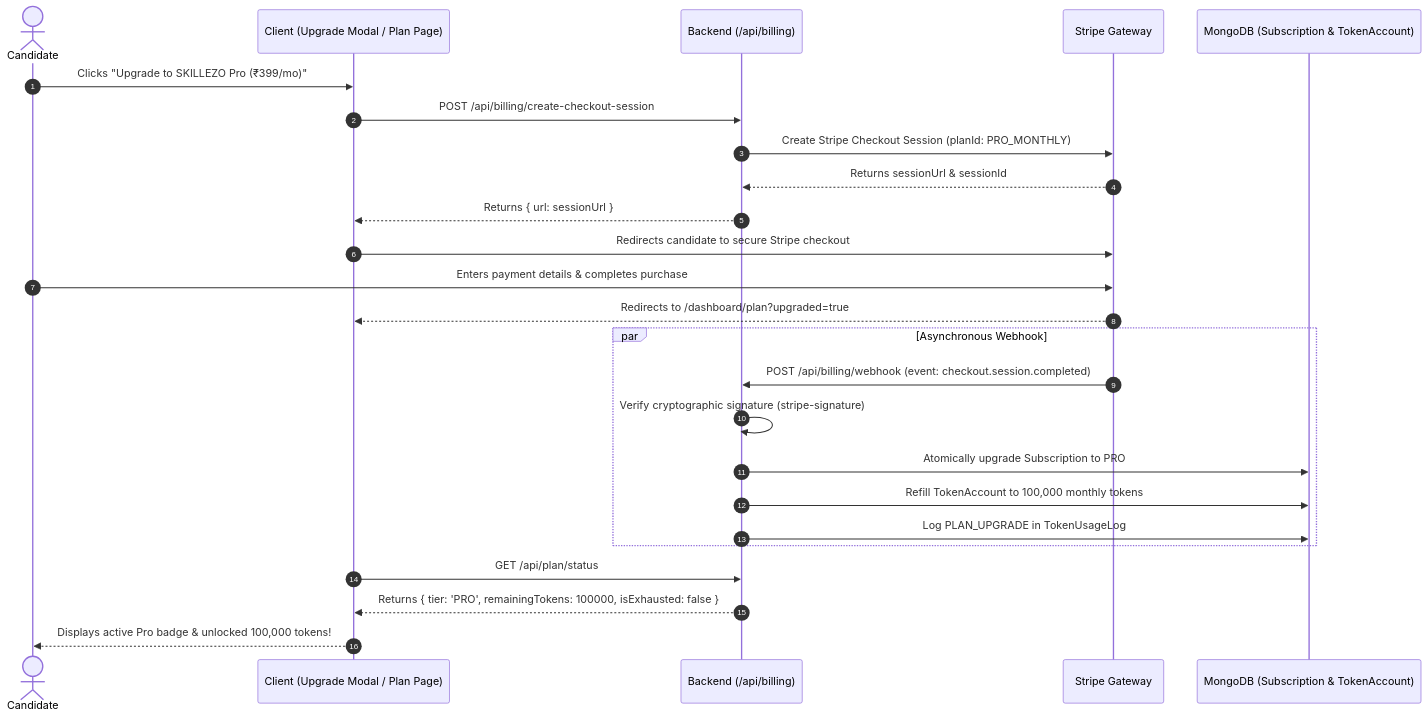
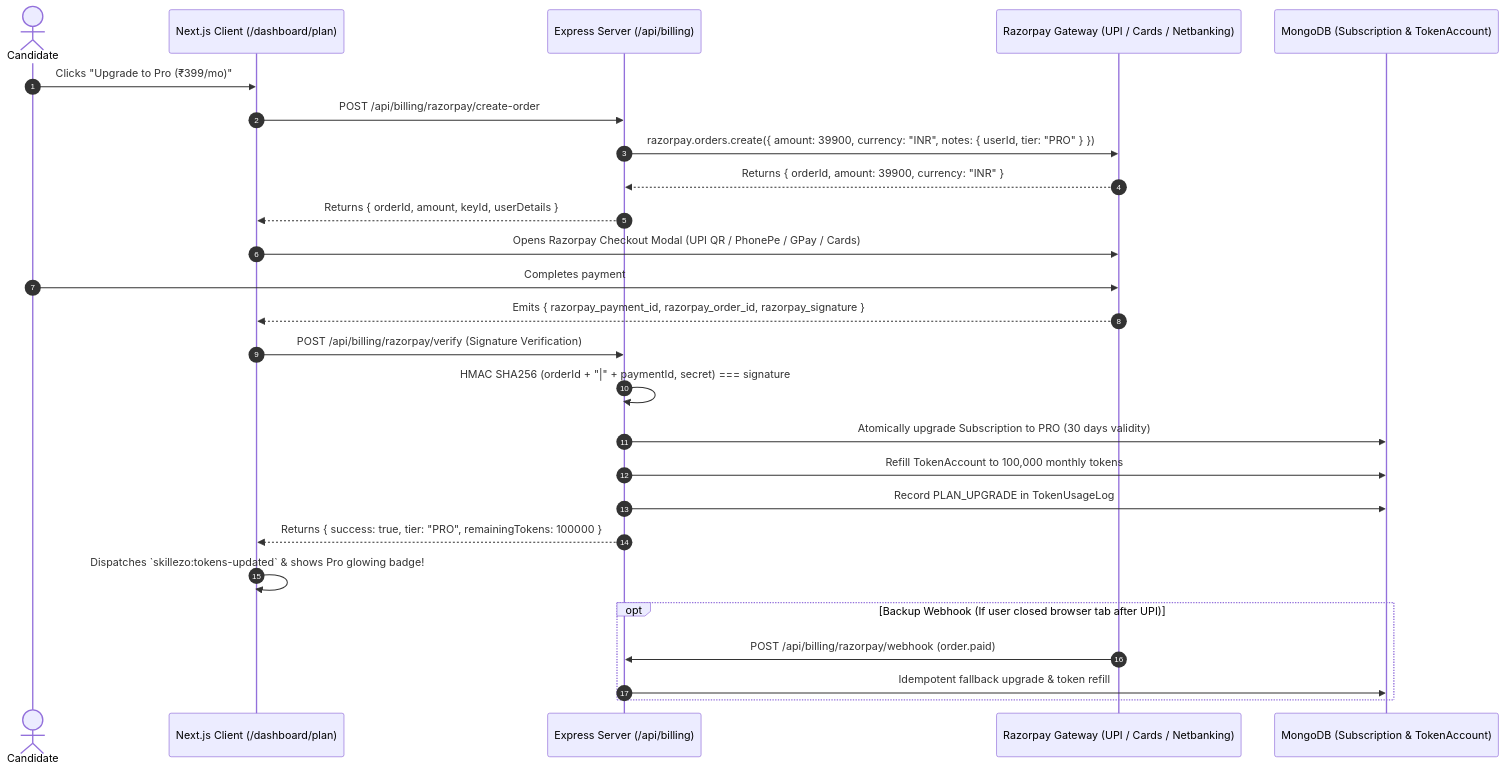
Before and after one commit to Himanshu-20002/SKILLEZO.AI: the diagram in doc/sprints-and-plans/phase-plans/PHASE_21_PART_4_BILLING_CHECKOUT_AND_AUTOMATION_PLAN.md, drawn with Mermaid. The commit also changed other lines of this file and 32 other files, not shown here.

First line of the commit message:
feat(billing): implement Phase 21 Part 4 Razorpay gateway, Pro subscription, 100k token refill, and dashboard UI elevation

````diff
--- a/doc/sprints-and-plans/phase-plans/PHASE_21_PART_4_BILLING_CHECKOUT_AND_AUTOMATION_PLAN.md
+++ b/doc/sprints-and-plans/phase-plans/PHASE_21_PART_4_BILLING_CHECKOUT_AND_AUTOMATION_PLAN.md
@@ -37,30 +38,33 @@
 ```mermaid
 sequenceDiagram
     autonumber
     actor Candidate as Candidate
-    participant UI as Client (Upgrade Modal / Plan Page)
-    participant API as Backend (/api/billing)
-    participant Stripe as Stripe Gateway
+    participant UI as Next.js Client (/dashboard/plan)
+    participant API as Express Server (/api/billing)
+    participant RZP as Razorpay Gateway (UPI / Cards / Netbanking)
     participant DB as MongoDB (Subscription & TokenAccount)
 
-    Candidate->>UI: Clicks "Upgrade to SKILLEZO Pro (₹399/mo)"
-    UI->>API: POST /api/billing/create-checkout-session
-    API->>Stripe: Create Stripe Checkout Session (planId: PRO_MONTHLY)
-    Stripe-->>API: Returns sessionUrl & sessionId
-    API-->>UI: Returns { url: sessionUrl }
-    UI->>Stripe: Redirects candidate to secure Stripe checkout
-    Candidate->>Stripe: Enters payment details & completes purchase
-    Stripe-->>UI: Redirects to /dashboard/plan?upgraded=true
+    Candidate->>UI: Clicks "Upgrade to Pro (₹399/mo)"
+    UI->>API: POST /api/billing/razorpay/create-order
+    API->>RZP: razorpay.orders.create({ amount: 39900, currency: "INR", notes: { userId, tier: "PRO" } })
+    RZP-->>API: Returns { orderId, amount: 39900, currency: "INR" }
+    API-->>UI: Returns { orderId, amount, keyId, userDetails }
     
-    par Asynchronous Webhook
-        Stripe->>API: POST /api/billing/webhook (event: checkout.session.completed)
-        API->>API: Verify cryptographic signature (stripe-signature)
-        API->>DB: Atomically upgrade Subscription to PRO
-        API->>DB: Refill TokenAccount to 100,000 monthly tokens
-        API->>DB: Log PLAN_UPGRADE in TokenUsageLog
+    UI->>RZP: Opens Razorpay Checkout Modal (UPI QR / PhonePe / GPay / Cards)
+    Candidate->>RZP: Completes payment
+    RZP-->>UI: Emits { razorpay_payment_id, razorpay_order_id, razorpay_signature }
+    
+    UI->>API: POST /api/billing/razorpay/verify (Signature Verification)
+    API->>API: HMAC SHA256 (orderId + "|" + paymentId, secret) === signature
+    API->>DB: Atomically upgrade Subscription to PRO (30 days validity)
+    API->>DB: Refill TokenAccount to 100,000 monthly tokens
+    API->>DB: Record PLAN_UPGRADE in TokenUsageLog
+    API-->>UI: Returns { success: true, tier: "PRO", remainingTokens: 100000 }
+    
+    UI->>UI: Dispatches `skillezo:tokens-updated` & shows Pro glowing badge!
+
+    opt Backup Webhook (If user closed browser tab after UPI)
+        RZP->>API: POST /api/billing/razorpay/webhook (order.paid)
+        API->>DB: Idempotent fallback upgrade & token refill
     end
-
-    UI->>API: GET /api/plan/status
-    API-->>UI: Returns { tier: 'PRO', remainingTokens: 100000, isExhausted: false }
-    UI-->>Candidate: Displays active Pro badge & unlocked 100,000 tokens!
 ```
````
